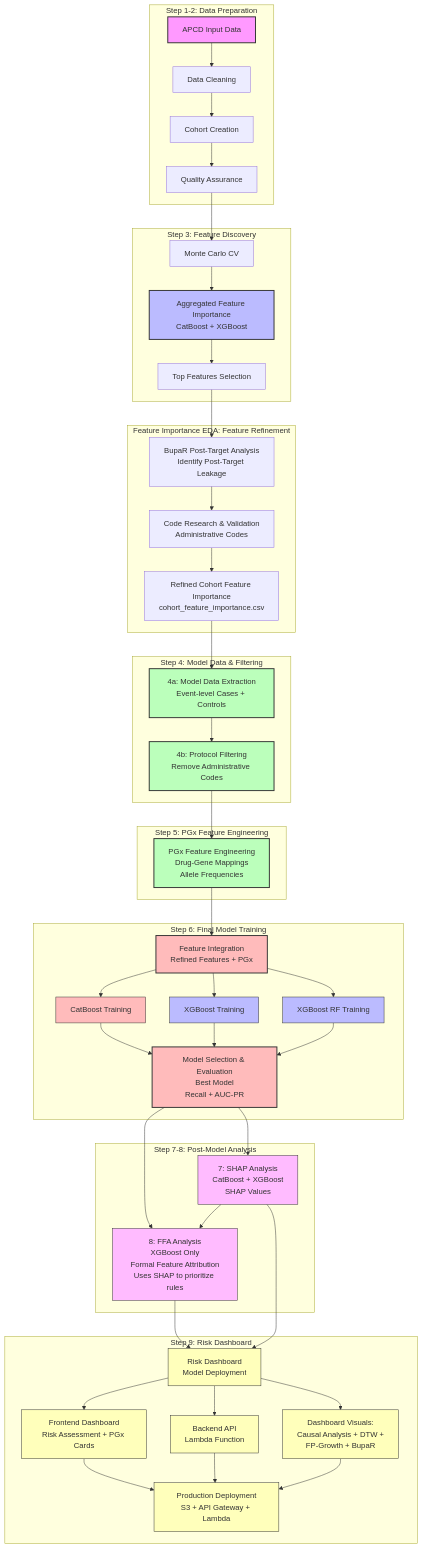
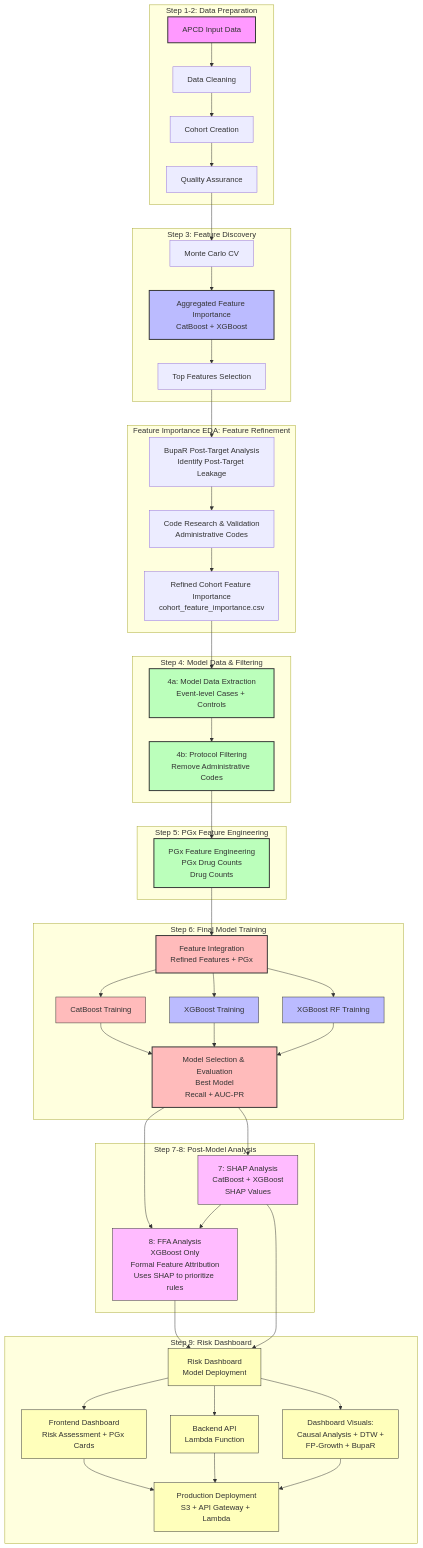
One commit to Jerome3590/pgx-analysis changed the diagram in README.md. Above: the diagram before and after it, drawn with Mermaid. The commit also changed 2 other files, not shown here.

Commit message:
Update mermaid charts: PGx Feature Engineering now shows 'PGx Drug Counts' and 'Drug Counts'
- Changed from 'Drug-Gene Mappings' and 'Allele Frequencies' to reflect actual implementation
- PGx Feature Engineering creates: pgx_num_drugs (all drugs) and pgx_num_cpic_drugs (CPIC drugs)
- Updated in README.md, docs/README_overview.md, and docs/README_analysis_workflow.md

````diff
--- a/README.md
+++ b/README.md
@@ -111,74 +111,74 @@
 ```mermaid
 flowchart TD
     subgraph "Step 1-2: Data Preparation"
         A1[APCD Input Data] --> A2[Data Cleaning]
         A2 --> A3[Cohort Creation]
         A3 --> A4[Quality Assurance]
     end
     
     subgraph "Step 3: Feature Discovery"
         A4 --> B1[Monte Carlo CV]
         B1 --> B2[Aggregated Feature Importance<br/>CatBoost + XGBoost]
         B2 --> B3[Top Features Selection]
     end
     
     subgraph "Feature Importance EDA: Feature Refinement"
         B3 --> B4[BupaR Post-Target Analysis<br/>Identify Post-Target Leakage]
         B4 --> B5[Code Research & Validation<br/>Administrative Codes]
         B5 --> B6[Refined Cohort Feature Importance<br/>cohort_feature_importance.csv]
     end
     
     subgraph "Step 4: Model Data & Filtering"
         B6 --> C1[4a: Model Data Extraction<br/>Event-level Cases + Controls]
         C1 --> C2[4b: Protocol Filtering<br/>Remove Administrative Codes]
     end
     
     subgraph "Step 5: PGx Feature Engineering"
-        C2 --> D1[PGx Feature Engineering<br/>Drug-Gene Mappings<br/>Allele Frequencies]
+        C2 --> D1[PGx Feature Engineering<br/>PGx Drug Counts<br/>Drug Counts]
     end
     
     subgraph "Step 6: Final Model Training"
         D1 --> E1[Feature Integration<br/>Refined Features + PGx]
         E1 --> E2[CatBoost Training]
         E1 --> E3[XGBoost Training]
         E1 --> E3a[XGBoost RF Training]
         E2 --> E4[Model Selection & Evaluation<br/>Best Model<br/>Recall + AUC-PR]
         E3 --> E4
         E3a --> E4
     end
     
     subgraph "Step 7-8: Post-Model Analysis"
         E4 --> F1[7: SHAP Analysis<br/>CatBoost + XGBoost<br/>SHAP Values]
         E4 --> F2[8: FFA Analysis<br/>XGBoost Only<br/>Formal Feature Attribution<br/>Uses SHAP to prioritize rules]
         F1 --> F2
     end
     
     subgraph "Step 9: Risk Dashboard"
         F2 --> G1[Risk Dashboard<br/>Model Deployment]
         F1 --> G1
         G1 --> G2[Frontend Dashboard<br/>Risk Assessment + PGx Cards]
         G1 --> G3[Backend API<br/>Lambda Function]
         G1 --> G4[Dashboard Visuals:<br/>Causal Analysis + DTW +<br/>FP-Growth + BupaR]
         G2 --> G5[Production Deployment<br/>S3 + API Gateway + Lambda]
         G3 --> G5
         G4 --> G5
     end
     
     style A1 fill:#f9f,stroke:#333,stroke-width:2px
     style B2 fill:#bbf,stroke:#333,stroke-width:2px
     style C1 fill:#bfb,stroke:#333,stroke-width:2px
     style C2 fill:#bfb,stroke:#333,stroke-width:2px
     style D1 fill:#bfb,stroke:#333,stroke-width:2px
     style E1 fill:#fbb,stroke:#333,stroke-width:2px
     style E2 fill:#fbb,stroke:#333,stroke-width:2px    %% CatBoost
     style E3 fill:#bbf,stroke:#333,stroke-width:2px    %% XGBoost
     style E3a fill:#bbf,stroke:#333,stroke-width:2px   %% XGBoost RF
     style E4 fill:#fbb,stroke:#333,stroke-width:2px
     style F1 fill:#fbf,stroke:#333,stroke-width:2px    %% SHAP Analysis
     style F2 fill:#fbf,stroke:#333,stroke-width:2px    %% FFA Analysis
     style G1 fill:#ffb,stroke:#333,stroke-width:2px    %% Risk Dashboard
     style G2 fill:#ffb,stroke:#333,stroke-width:2px    %% Frontend
     style G3 fill:#ffb,stroke:#333,stroke-width:2px    %% Backend
     style G4 fill:#ffb,stroke:#333,stroke-width:2px    %% Visualizations
     style G5 fill:#ffb,stroke:#333,stroke-width:2px    %% Deployment
 ```
````
